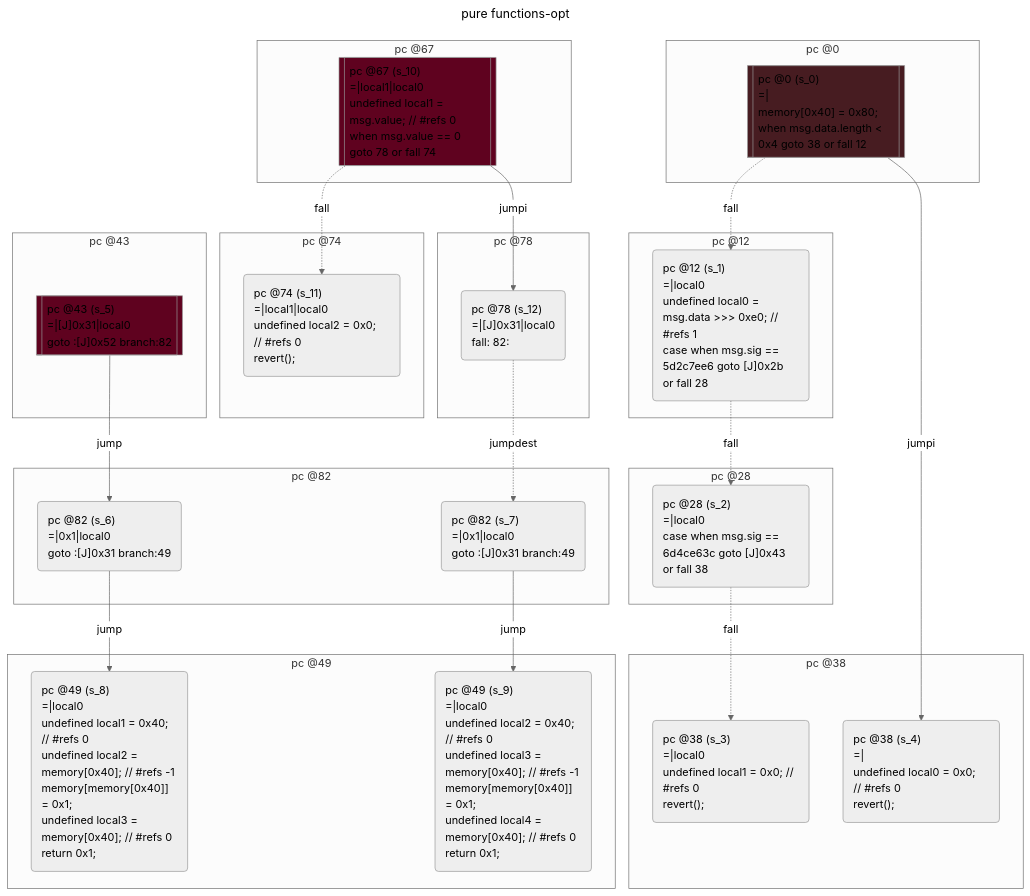
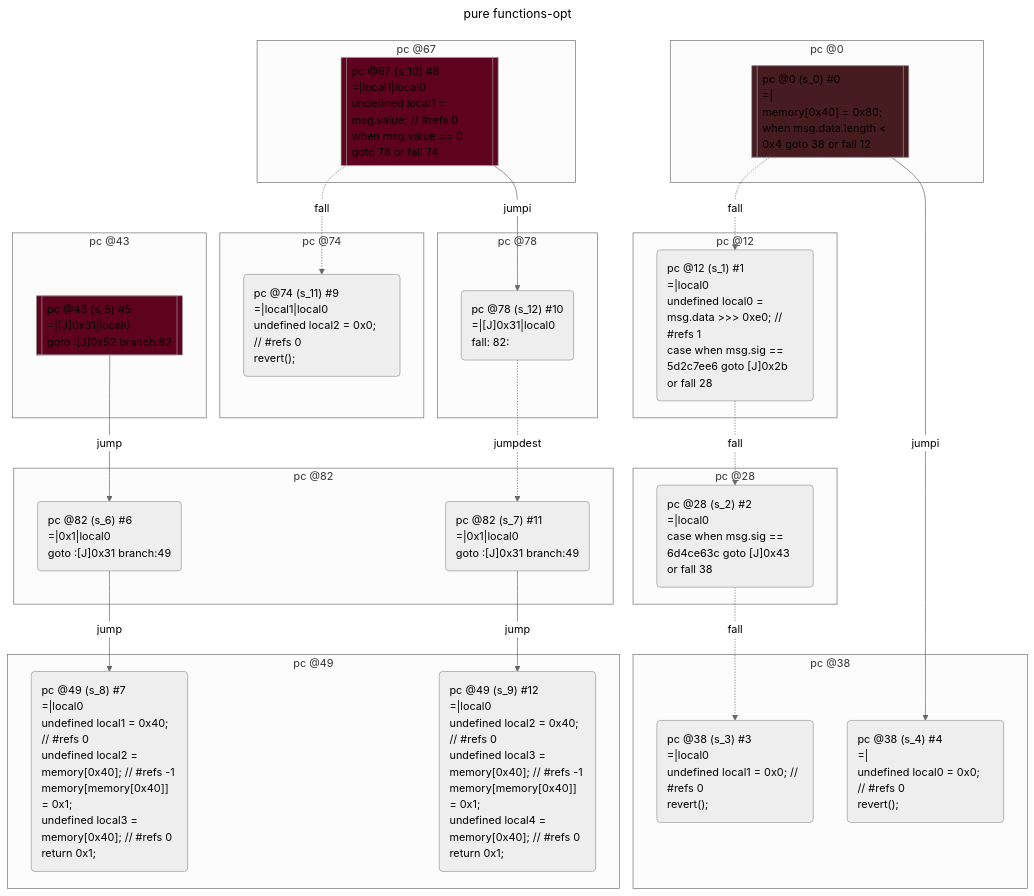
The second of 2 diagrams in test/__snapshots__/contracts/dispatch/pure-functions.snap.md (acuarica/evm), drawn with Mermaid (neutral theme) before and after one commit. The commit also changed other lines of this file and 18 other files, not shown here.

```diff
--- a/test/__snapshots__/contracts/dispatch/pure-functions.snap.md
+++ b/test/__snapshots__/contracts/dispatch/pure-functions.snap.md
@@ -294,7 +294,7 @@
 flowchart TD
   classDef state text-align:left
   subgraph cluster_0 ["pc @0"]
-    s_0[["pc @0 (s_0)
+    s_0[["pc @0 (s_0) #0
 =|
 memory[0x40] = 0x80;
 when msg.data.length < 0x4 goto 38 or fall 12
@@ -303,7 +303,7 @@
     style s_0 fill:#471C21
   end
   subgraph cluster_12 ["pc @12"]
-    s_1("pc @12 (s_1)
+    s_1("pc @12 (s_1) #1
 =|local0
 undefined local0 = msg.data >>> 0xe0; // #refs 1
 case when msg.sig == 5d2c7ee6 goto [J]0x2b or fall 28
@@ -311,20 +311,20 @@
     class s_1 state
   end
   subgraph cluster_28 ["pc @28"]
-    s_2("pc @28 (s_2)
+    s_2("pc @28 (s_2) #2
 =|local0
 case when msg.sig == 6d4ce63c goto [J]0x43 or fall 38
 ")
     class s_2 state
   end
   subgraph cluster_38 ["pc @38"]
-    s_3("pc @38 (s_3)
+    s_3("pc @38 (s_3) #3
 =|local0
 undefined local1 = 0x0; // #refs 0
 revert();
 ")
     class s_3 state
-    s_4("pc @38 (s_4)
+    s_4("pc @38 (s_4) #4
 =|
 undefined local0 = 0x0; // #refs 0
 revert();
@@ -332,7 +332,7 @@
     class s_4 state
   end
   subgraph cluster_43 ["pc @43"]
-    s_5[["pc @43 (s_5)
+    s_5[["pc @43 (s_5) #5
 =|[J]0x31|local0
 goto :[J]0x52 branch:82
 "]]
@@ -340,19 +340,19 @@
     style s_5 fill:#5F021F
   end
   subgraph cluster_82 ["pc @82"]
-    s_6("pc @82 (s_6)
+    s_6("pc @82 (s_6) #6
 =|0x1|local0
 goto :[J]0x31 branch:49
 ")
     class s_6 state
-    s_7("pc @82 (s_7)
+    s_7("pc @82 (s_7) #11
 =|0x1|local0
 goto :[J]0x31 branch:49
 ")
     class s_7 state
   end
   subgraph cluster_49 ["pc @49"]
-    s_8("pc @49 (s_8)
+    s_8("pc @49 (s_8) #7
 =|local0
 undefined local1 = 0x40; // #refs 0
 undefined local2 = memory[0x40]; // #refs -1
@@ -361,7 +361,7 @@
 return 0x1;
 ")
     class s_8 state
-    s_9("pc @49 (s_9)
+    s_9("pc @49 (s_9) #12
 =|local0
 undefined local2 = 0x40; // #refs 0
 undefined local3 = memory[0x40]; // #refs -1
@@ -372,7 +372,7 @@
     class s_9 state
   end
   subgraph cluster_67 ["pc @67"]
-    s_10[["pc @67 (s_10)
+    s_10[["pc @67 (s_10) #8
 =|local1|local0
 undefined local1 = msg.value; // #refs 0
 when msg.value == 0 goto 78 or fall 74
@@ -381,7 +381,7 @@
     style s_10 fill:#5F021F
   end
   subgraph cluster_74 ["pc @74"]
-    s_11("pc @74 (s_11)
+    s_11("pc @74 (s_11) #9
 =|local1|local0
 undefined local2 = 0x0; // #refs 0
 revert();
@@ -389,7 +389,7 @@
     class s_11 state
   end
   subgraph cluster_78 ["pc @78"]
-    s_12("pc @78 (s_12)
+    s_12("pc @78 (s_12) #10
 =|[J]0x31|local0
 fall: 82:
 ")
```
